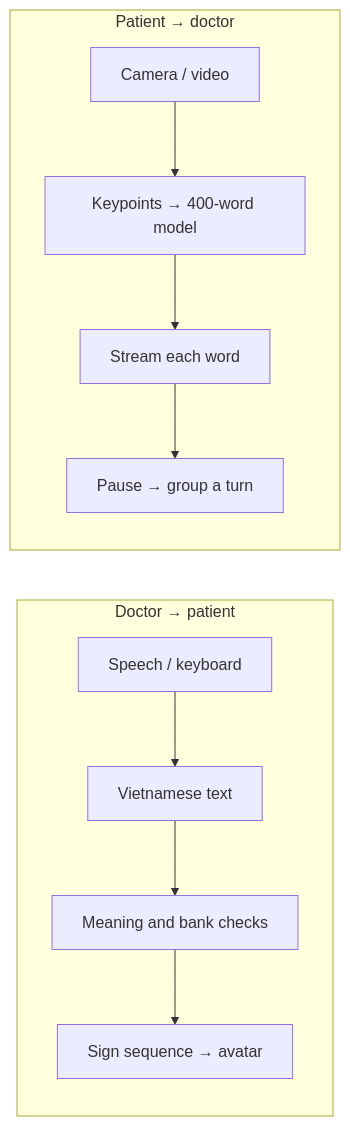
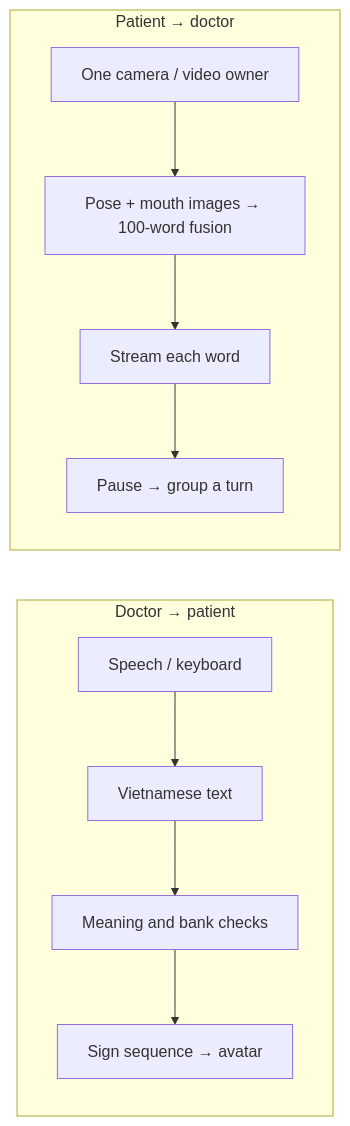
One commit to ntthienphuc/vsl-clinic-desktop changed the diagram in README.md. Above: the diagram before and after it, drawn with Mermaid. The commit also changed other lines of this file and 473 other files, not shown here.

````diff
--- a/README.md
+++ b/README.md
@@ -100,13 +94,13 @@
 ```mermaid
 flowchart LR
     subgraph doctor["Doctor → patient"]
         A["Speech / keyboard"] --> B["Vietnamese text"]
         B --> C["Meaning and bank checks"]
         C --> D["Sign sequence → avatar"]
     end
     subgraph patient["Patient → doctor"]
-        E["Camera / video"] --> F["Keypoints → 400-word model"]
+        E["One camera / video owner"] --> F["Pose + mouth images → 100-word fusion"]
         F --> G["Stream each word"]
         G --> H["Pause → group a turn"]
     end
 ```
````
